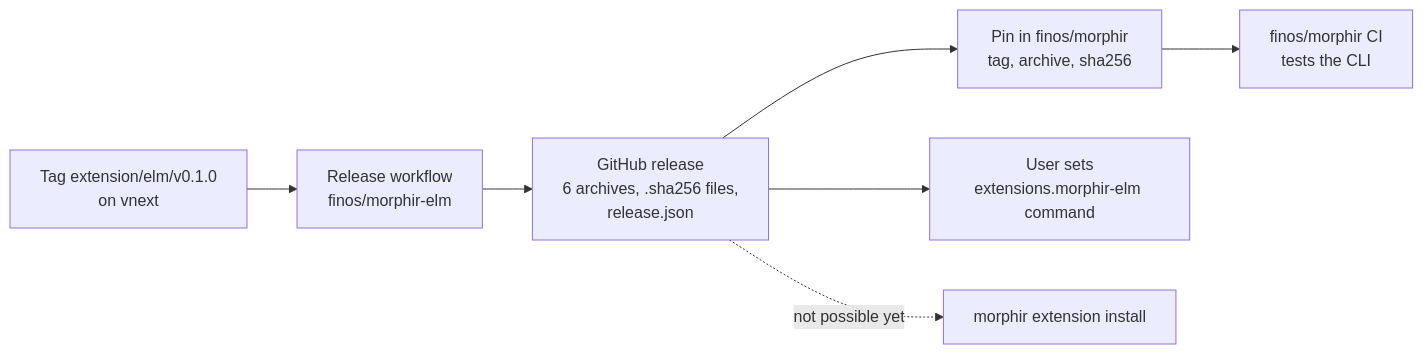
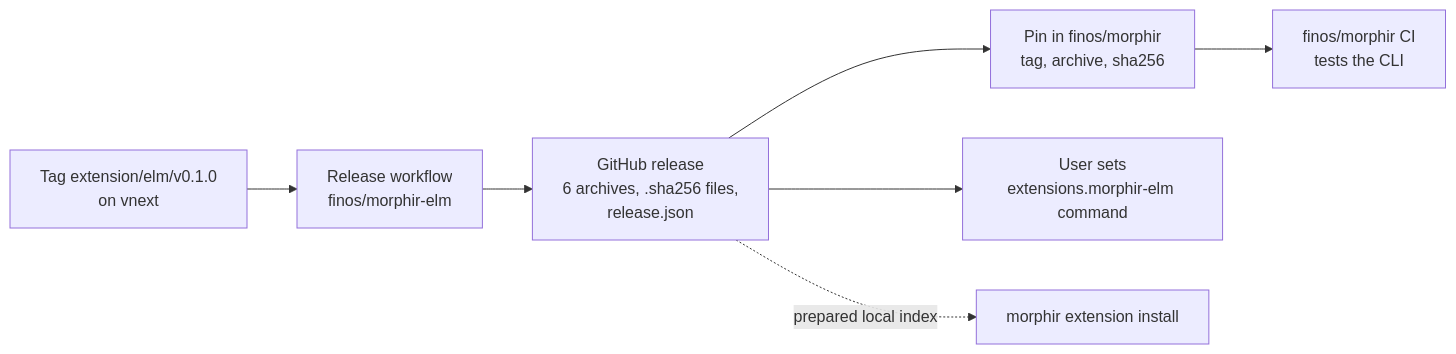
Before and after one commit to finos/morphir: the diagram in kb/bundles/morphir/morphir-extensions/design/elm-extension-delivery.md, drawn with Mermaid. The commit also changed other lines of this file and 34 other files, not shown here.

````diff
--- a/kb/bundles/morphir/morphir-extensions/design/elm-extension-delivery.md
+++ b/kb/bundles/morphir/morphir-extensions/design/elm-extension-delivery.md
@@ -52,14 +52,14 @@
 ```mermaid
 flowchart LR
   tag[Tag extension/elm/v0.1.0<br/>on vnext]
   wf[Release workflow<br/>finos/morphir-elm]
   rel[GitHub release<br/>6 archives, .sha256 files,<br/>release.json]
   pin[Pin in finos/morphir<br/>tag, archive, sha256]
   ci[finos/morphir CI<br/>tests the CLI]
   user[User sets<br/>extensions.morphir-elm command]
   install[morphir extension install]
   tag --> wf --> rel
   rel --> pin --> ci
   rel --> user
-  rel -.->|not possible yet| install
+  rel -.->|prepared local index| install
 ```
````
